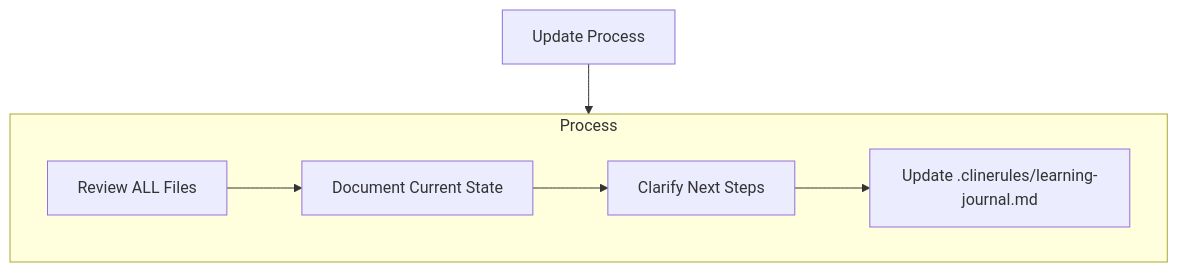
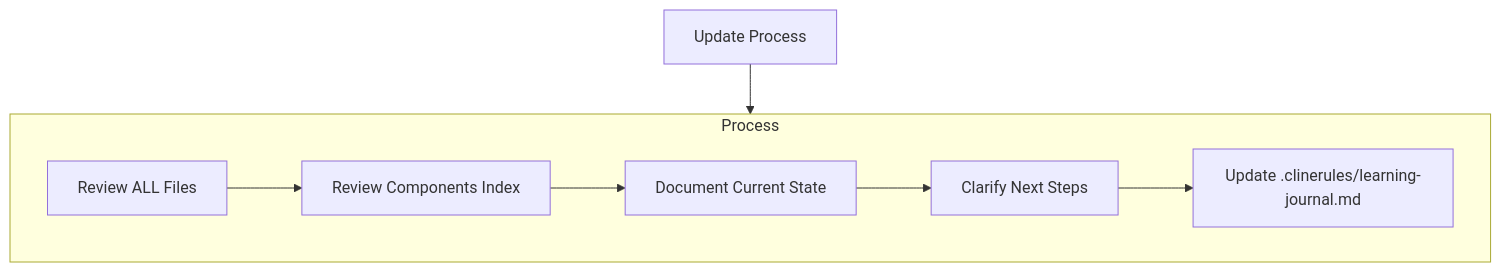
One commit to gitpod-io/gitpod changed the fourth of 5 diagrams in .clinerules/memory-bank.md. Above: the diagram before and after it, drawn with Mermaid. The commit also changed other lines of this file and 1 other file, not shown here.

Commit message:
Memory bank: component index

````diff
--- a/.clinerules/memory-bank.md
+++ b/.clinerules/memory-bank.md
@@ -107,15 +118,16 @@
 ```mermaid
 flowchart TD
     Start[Update Process]
 
     subgraph Process
         P1[Review ALL Files]
-        P2[Document Current State]
-        P3[Clarify Next Steps]
-        P4[Update .clinerules/learning-journal.md]
+        P2[Review Components Index]
+        P3[Document Current State]
+        P4[Clarify Next Steps]
+        P5[Update .clinerules/learning-journal.md]
 
-        P1 --> P2 --> P3 --> P4
+        P1 --> P2 --> P3 --> P4 --> P5
     end
 
     Start --> Process
 ```
````
